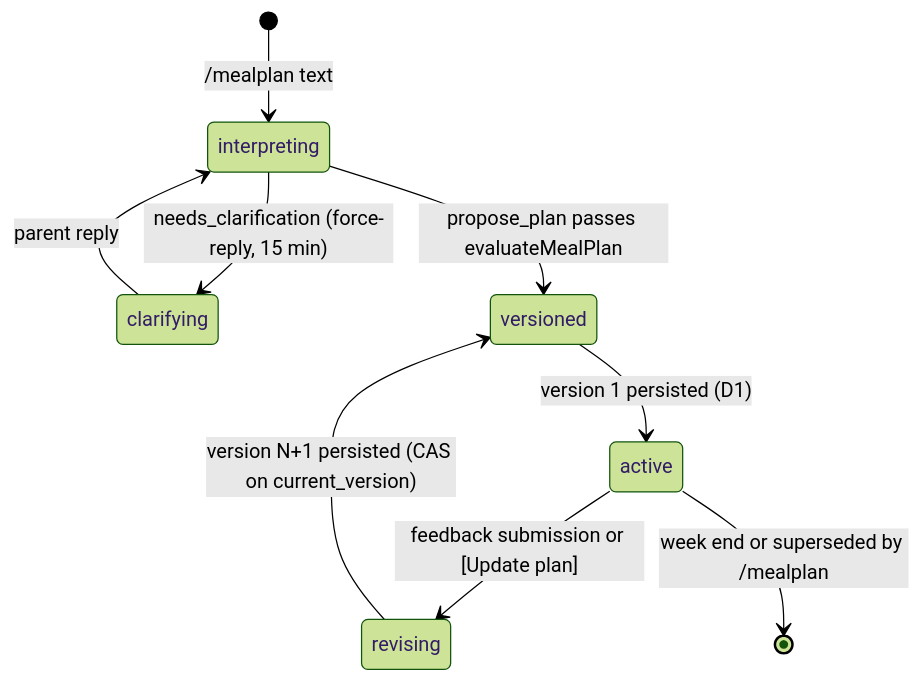
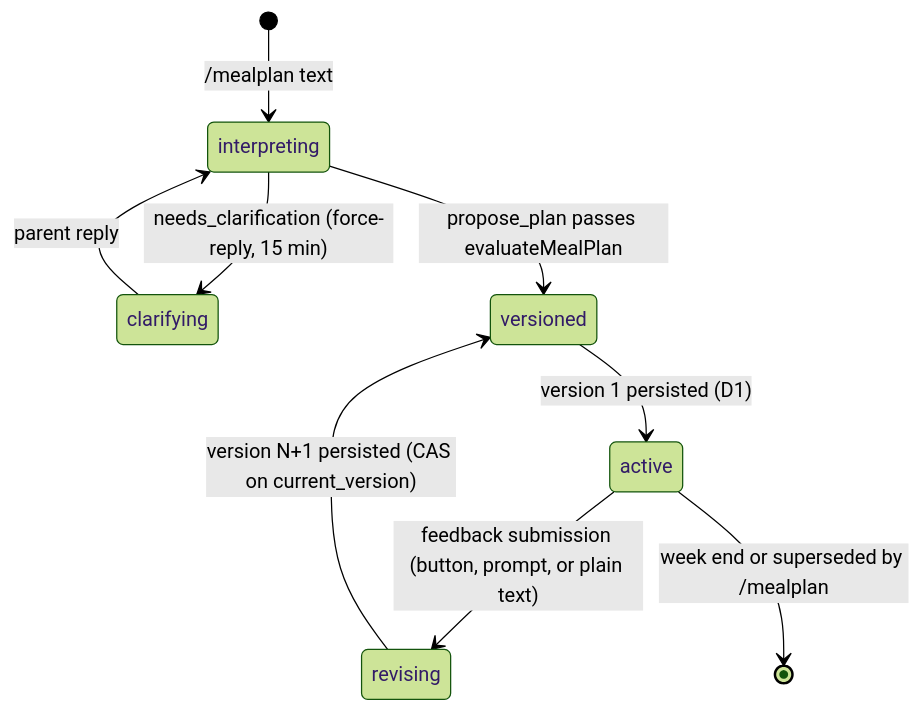
One commit to satwikhebbar/kipp changed the diagram in plans/school-day-meal-planning-iteration-1.md. Above: the diagram before and after it, drawn with Mermaid (forest theme). The commit also changed other lines of this file and 1 other file, not shown here.

Commit message:
docs: settle plain-text routing contract (button as intent switch, no LLM routing), cut [Update plan], add submission payload + coercion seam, staleness guard on interaction.version

````diff
--- a/plans/school-day-meal-planning-iteration-1.md
+++ b/plans/school-day-meal-planning-iteration-1.md
@@ -97,11 +96,11 @@
 ```mermaid
 stateDiagram-v2
   [*] --> interpreting: /mealplan text
   interpreting --> clarifying: needs_clarification (force-reply, 15 min)
   clarifying --> interpreting: parent reply
   interpreting --> versioned: propose_plan passes evaluateMealPlan
   versioned --> active: version 1 persisted (D1)
-  active --> revising: feedback submission or [Update plan]
+  active --> revising: feedback submission (button, prompt, or plain text)
   revising --> versioned: version N+1 persisted (CAS on current_version)
   active --> [*]: week end or superseded by /mealplan
 ```
````
